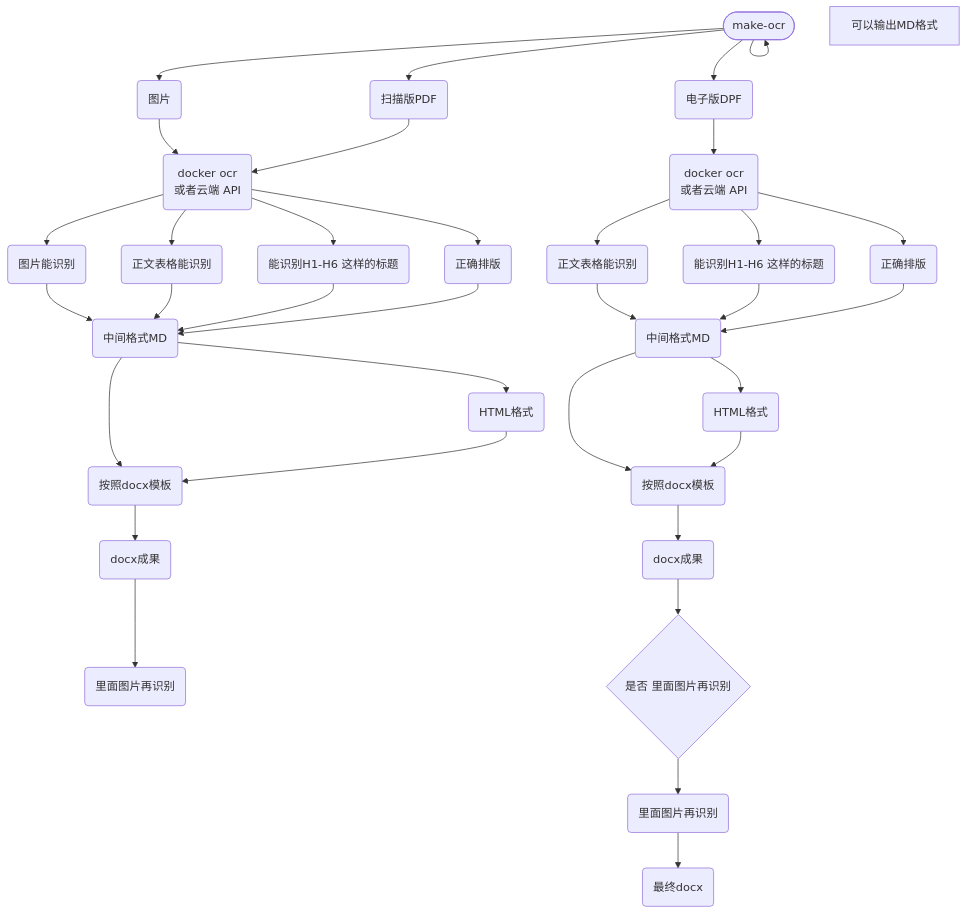
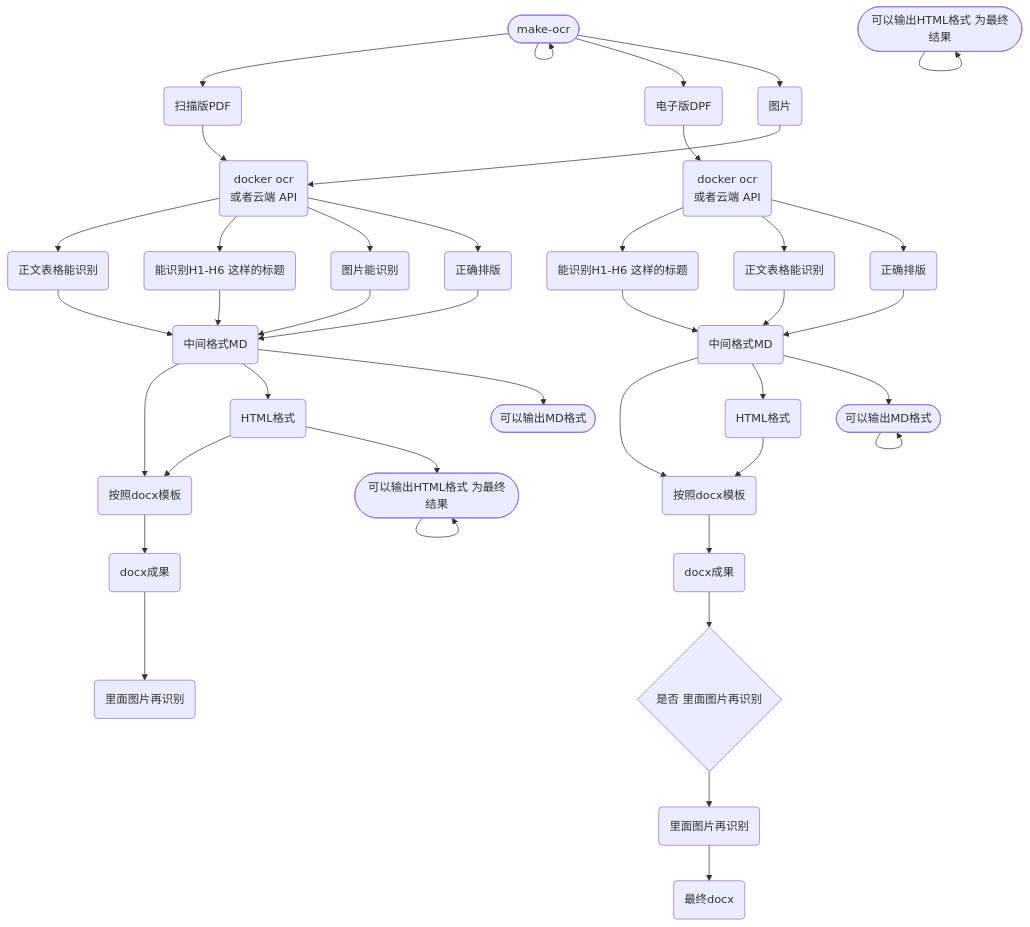
One commit to fireflysss/mermaid-notes changed the diagram in notes/未命名_da3b1e9d-46b8-4fe8-a207-538027b2306b.md. Above: the diagram before and after it, drawn with Mermaid. The commit also changed 3 other files, not shown here.

Commit message:
Sync Mermaid Studio data (12 diagrams)

````diff
--- a/notes/未命名_da3b1e9d-46b8-4fe8-a207-538027b2306b.md
+++ b/notes/未命名_da3b1e9d-46b8-4fe8-a207-538027b2306b.md
@@ -3,63 +3,72 @@
 ```mermaid
 flowchart TD
   n_0(["make-ocr"])
   n_1("扫描版PDF")
   n_2("电子版DPF")
   n_3("docker ocr<br/>或者云端 API")
   n_4("图片")
   n_5("能识别H1-H6 这样的标题")
   n_6("正文表格能识别")
   n_7("图片能识别")
   n_8("按照docx模板")
   n_9("里面图片再识别")
   n_10("docx成果")
   n_11("中间格式MD")
   n_12("HTML格式")
   n_13("docker ocr<br/>或者云端 API")
   n_14("能识别H1-H6 这样的标题")
   n_15("正文表格能识别")
   n_16("按照docx模板")
   n_17("docx成果")
   n_18("中间格式MD")
   n_19("HTML格式")
   n_20("最终docx")
   n_21("里面图片再识别")
   n_22{"是否 里面图片再识别"}
   n_23("正确排版")
   n_24("正确排版")
-  n_25["可以输出MD格式"]
+  n_25(["可以输出MD格式"])
+  n_26(["可以输出MD格式"])
+  n_27(["可以输出HTML格式 为最终结果"])
+  n_28(["可以输出HTML格式 为最终结果"])
   n_0 --> n_0
   n_0 --> n_1
   n_0 --> n_2
   n_0 --> n_4
   n_11 --> n_8
   n_11 --> n_12
   n_12 --> n_8
   n_8 --> n_10
   n_10 --> n_9
   n_18 --> n_16
   n_18 --> n_19
   n_19 --> n_16
   n_16 --> n_17
   n_4 --> n_3
   n_1 --> n_3
   n_2 --> n_13
   n_13 --> n_14
   n_13 --> n_15
   n_15 --> n_18
   n_14 --> n_18
   n_7 --> n_11
   n_6 --> n_11
   n_5 --> n_11
   n_3 --> n_6
   n_21 --> n_20
   n_17 --> n_22
   n_22 --> n_21
   n_3 --> n_5
   n_3 --> n_7
   n_3 --> n_23
   n_23 --> n_11
   n_13 --> n_24
   n_24 --> n_18
+  n_11 --> n_25
+  n_26 --> n_26
+  n_18 --> n_26
+  n_27 --> n_27
+  n_12 --> n_27
+  n_28 --> n_28
 
 ```
````
